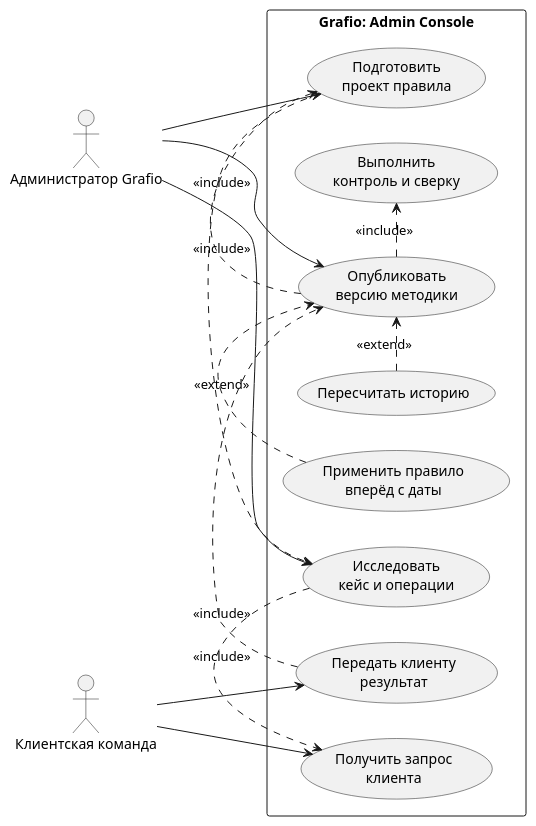
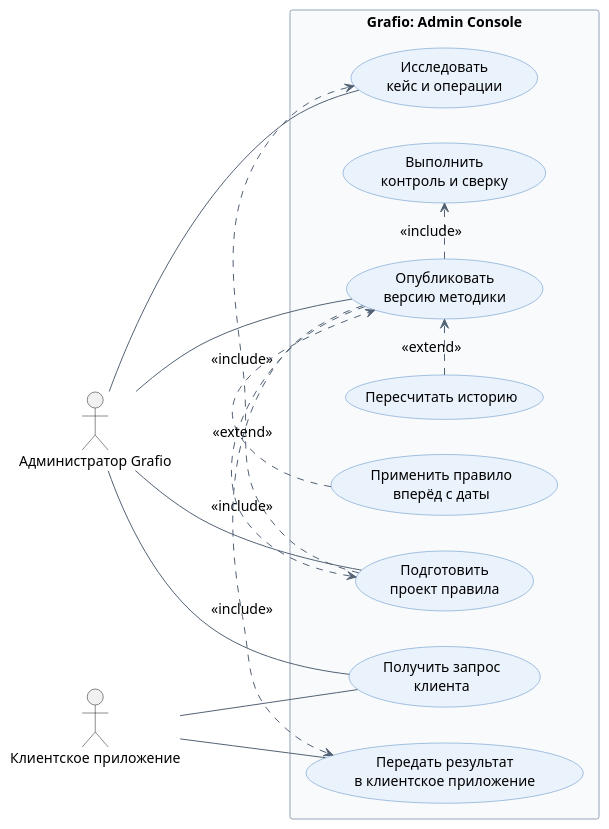
One commit to onlyuncia/grafio-product-docs changed the diagram in docs/requirements/diagrams/02-admin-console-use-cases.puml. Above: the diagram before and after it, drawn with PlantUML. The commit also changed 152 other files, not shown here.

```diff
--- a/docs/requirements/diagrams/02-admin-console-use-cases.puml
+++ b/docs/requirements/diagrams/02-admin-console-use-cases.puml
@@ -1,27 +1,35 @@
 @startuml
 left to right direction
+skinparam defaultFontName Arial
+skinparam defaultFontSize 14
+skinparam packageStyle rectangle
+skinparam ArrowColor #526274
+skinparam usecaseBackgroundColor #EAF2FC
+skinparam usecaseBorderColor #5289C2
+skinparam rectangleBackgroundColor #F8FAFC
+skinparam rectangleBorderColor #94A3B8
 actor "Администратор Grafio" as Admin
-actor "Клиентская команда" as Client
+actor "Клиентское приложение" as ClientApp
 rectangle "Grafio: Admin Console" {
   usecase "Получить запрос\nклиента" as UA1
   usecase "Исследовать\nкейс и операции" as UA2
   usecase "Подготовить\nпроект правила" as UA3
   usecase "Выполнить\nконтроль и сверку" as UA4
   usecase "Опубликовать\nверсию методики" as UA5
   usecase "Пересчитать историю" as UA6
   usecase "Применить правило\nвперёд с даты" as UA7
-  usecase "Передать клиенту\nрезультат" as UA8
-  UA2 .> UA1 : <<include>>
+  usecase "Передать результат\nв клиентское приложение" as UA8
   UA3 .> UA2 : <<include>>
   UA5 .> UA3 : <<include>>
   UA5 .> UA4 : <<include>>
   UA6 .> UA5 : <<extend>>
   UA7 .> UA5 : <<extend>>
-  UA8 .> UA5 : <<include>>
+  UA5 .> UA8 : <<include>>
 }
-Client --> UA1
-Client --> UA8
-Admin --> UA2
-Admin --> UA3
-Admin --> UA5
+ClientApp -- UA1
+ClientApp -- UA8
+Admin -- UA1
+Admin -- UA2
+Admin -- UA3
+Admin -- UA5
 @enduml
```
